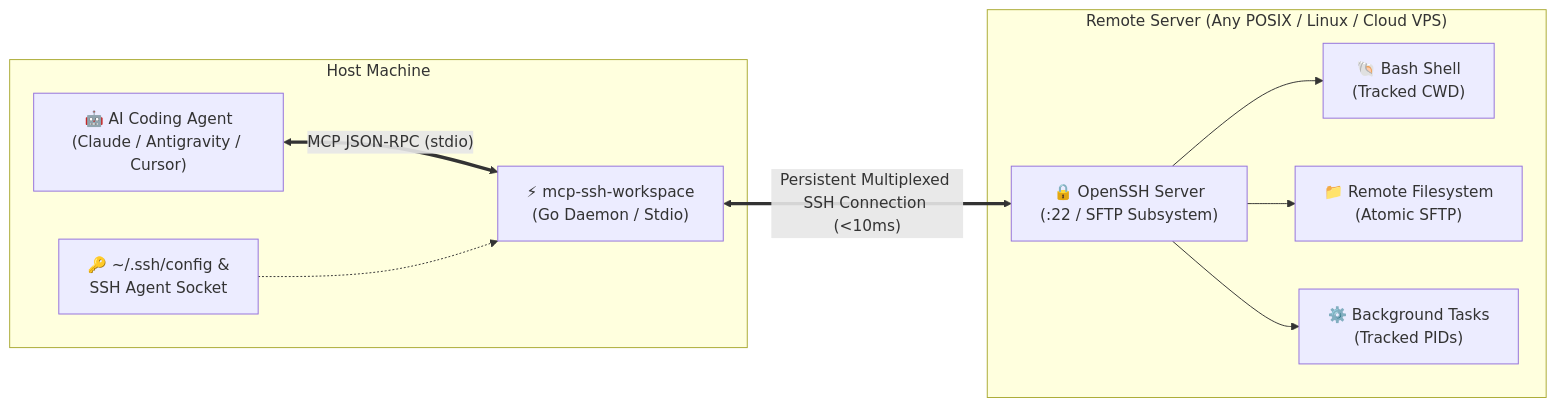
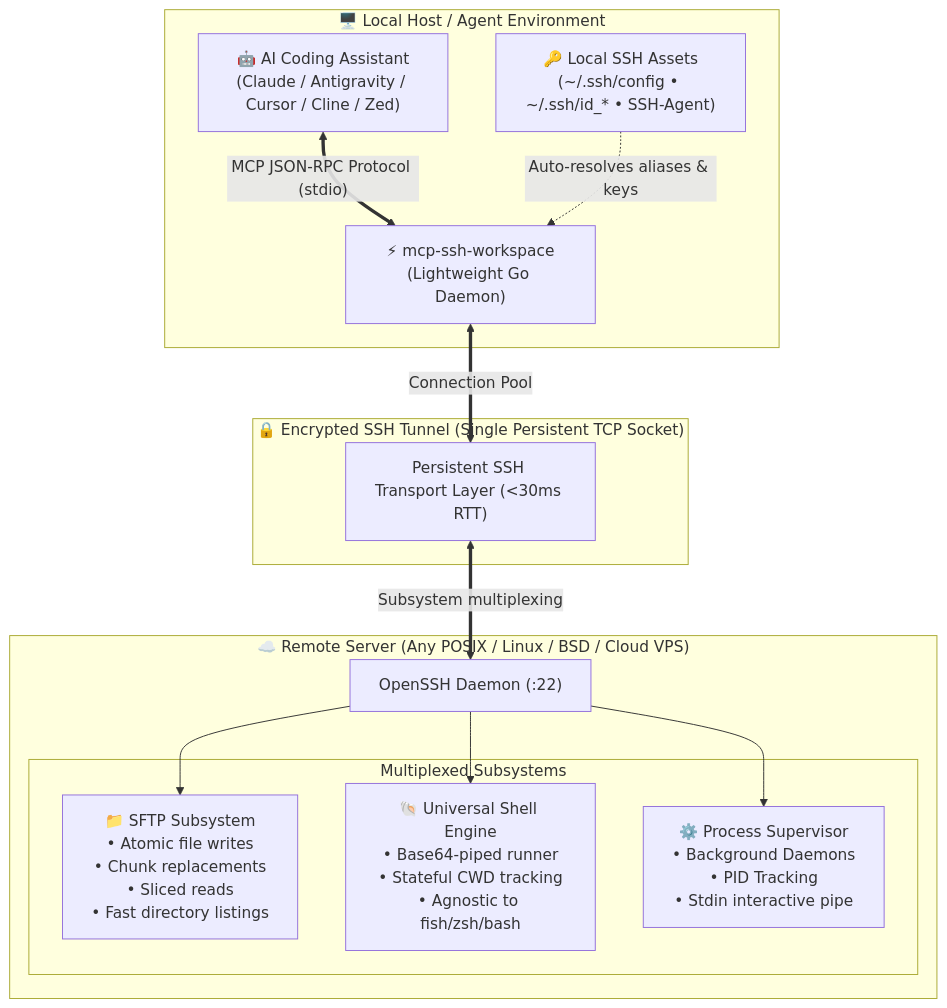
One commit to surtr85/mcp-ssh-workspace changed the diagram in README.md. Above: the diagram before and after it, drawn with Mermaid. The commit also changed other lines of this file, not shown here.

Commit message:
docs: craft ultra-professional README with benchmarks, architecture, and client setups

````diff
--- a/README.md
+++ b/README.md
@@ -16,24 +75,31 @@
 ```mermaid
-flowchart LR
-    subgraph Local["Host Machine"]
-        AI["🤖 AI Coding Agent<br/>(Claude / Antigravity / Cursor)"]
-        Server["⚡ mcp-ssh-workspace<br/>(Go Daemon / Stdio)"]
-        Config["🔑 ~/.ssh/config &<br/>SSH Agent Socket"]
+flowchart TD
+    subgraph ClientLayer["🖥️ Local Host / Agent Environment"]
+        Agent["🤖 AI Coding Assistant<br/>(Claude / Antigravity / Cursor / Cline / Zed)"]
+        Config["🔑 Local SSH Assets<br/>(~/.ssh/config • ~/.ssh/id_* • SSH-Agent)"]
+        Server["⚡ mcp-ssh-workspace<br/>(Lightweight Go Daemon)"]
 
-        AI <== "MCP JSON-RPC (stdio)" ==> Server
-        Config -.-> Server
+        Agent <== "MCP JSON-RPC Protocol (stdio)" ==> Server
+        Config -. "Auto-resolves aliases & keys" .-> Server
     end
 
-    subgraph Remote["Remote Server (Any POSIX / Linux / Cloud VPS)"]
-        SSHD["🔒 OpenSSH Server<br/>(:22 / SFTP Subsystem)"]
-        Shell["🐚 Bash Shell<br/>(Tracked CWD)"]
-        FS["📁 Remote Filesystem<br/>(Atomic SFTP)"]
-        Proc["⚙️ Background Tasks<br/>(Tracked PIDs)"]
-
-        SSHD --> Shell
-        SSHD --> FS
-        SSHD --> Proc
+    subgraph Multiplex["🔒 Encrypted SSH Tunnel (Single Persistent TCP Socket)"]
+        Tunnel["Persistent SSH Transport Layer (<30ms RTT)"]
     end
 
-    Server <== "Persistent Multiplexed SSH Connection (<10ms)" ==> SSHD
+    subgraph RemoteLayer["☁️ Remote Server (Any POSIX / Linux / BSD / Cloud VPS)"]
+        SSHD["OpenSSH Daemon (:22)"]
+        
+        subgraph Channels["Multiplexed Subsystems"]
+            SFTP["📁 SFTP Subsystem<br/>• Atomic file writes<br/>• Chunk replacements<br/>• Sliced reads<br/>• Fast directory listings"]
+            Exec["🐚 Universal Shell Engine<br/>• Base64-piped runner<br/>• Stateful CWD tracking<br/>• Agnostic to fish/zsh/bash"]
+            Supervisor["⚙️ Process Supervisor<br/>• Background Daemons<br/>• PID Tracking<br/>• Stdin interactive pipe"]
+        end
+    end
+
+    Server <== "Connection Pool" ==> Tunnel
+    Tunnel <== "Subsystem multiplexing" ==> SSHD
+    SSHD --> SFTP
+    SSHD --> Exec
+    SSHD --> Supervisor
 ```
````
